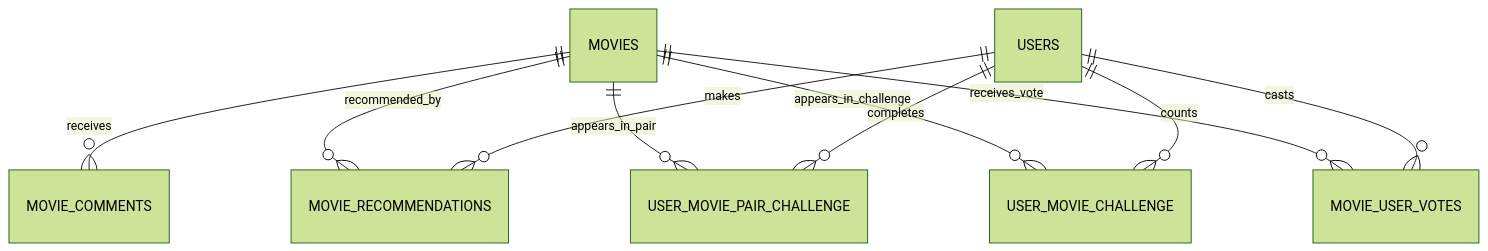
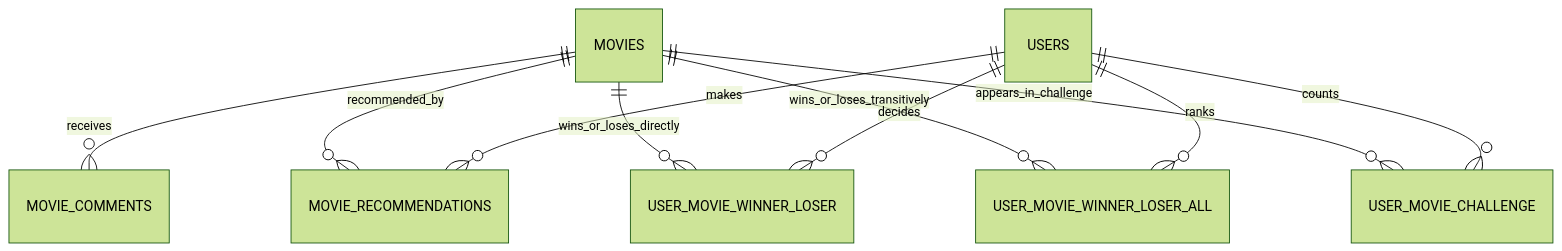
The second of 2 diagrams in docs/capabilities/movie-catalog/entity_model.md (skyglass/movie-stream-workshop), drawn with Mermaid (forest theme) before and after one commit. The commit also changed other lines of this file and 42 other files, not shown here.

````diff
--- a/docs/capabilities/movie-catalog/entity_model.md
+++ b/docs/capabilities/movie-catalog/entity_model.md
@@ -47,12 +47,12 @@
 ```mermaid
 erDiagram
     MOVIES ||--o{ MOVIE_COMMENTS : receives
     MOVIES ||--o{ MOVIE_RECOMMENDATIONS : recommended_by
-    MOVIES ||--o{ USER_MOVIE_PAIR_CHALLENGE : appears_in_pair
+    MOVIES ||--o{ USER_MOVIE_WINNER_LOSER : wins_or_loses_directly
+    MOVIES ||--o{ USER_MOVIE_WINNER_LOSER_ALL : wins_or_loses_transitively
     MOVIES ||--o{ USER_MOVIE_CHALLENGE : appears_in_challenge
-    MOVIES ||--o{ MOVIE_USER_VOTES : receives_vote
     USERS ||--o{ MOVIE_RECOMMENDATIONS : makes
-    USERS ||--o{ USER_MOVIE_PAIR_CHALLENGE : completes
+    USERS ||--o{ USER_MOVIE_WINNER_LOSER : decides
+    USERS ||--o{ USER_MOVIE_WINNER_LOSER_ALL : ranks
     USERS ||--o{ USER_MOVIE_CHALLENGE : counts
-    USERS ||--o{ MOVIE_USER_VOTES : casts
 ```
````
